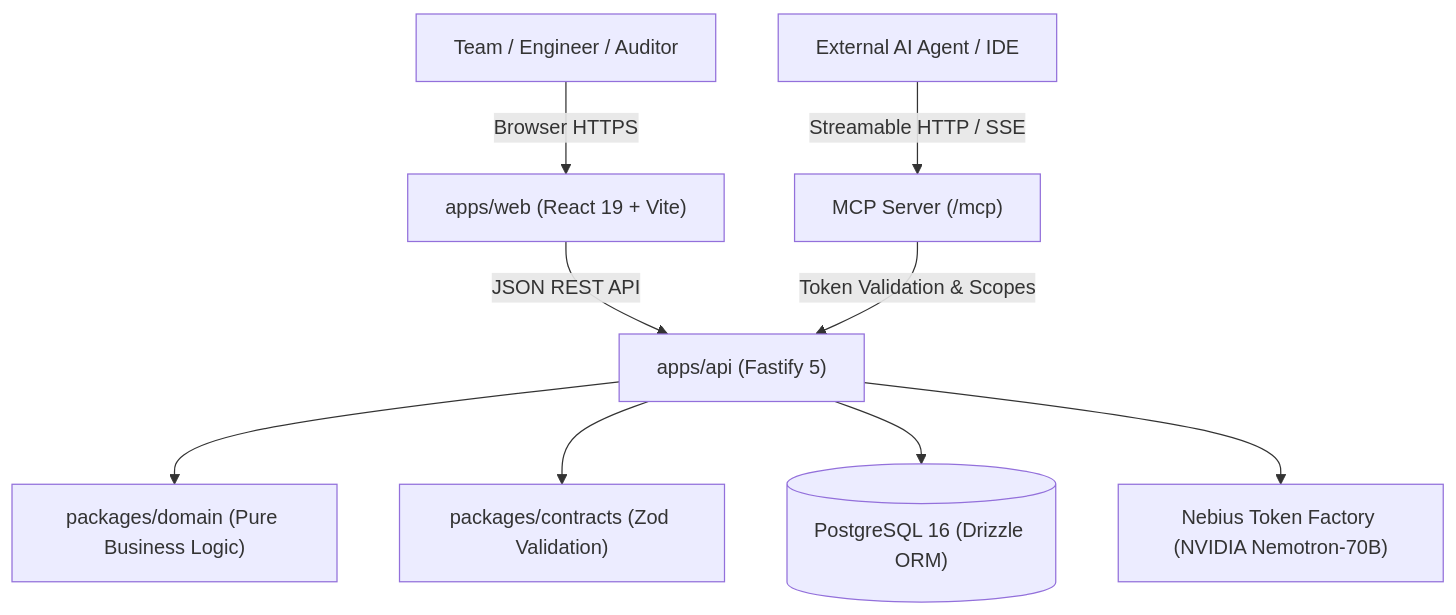
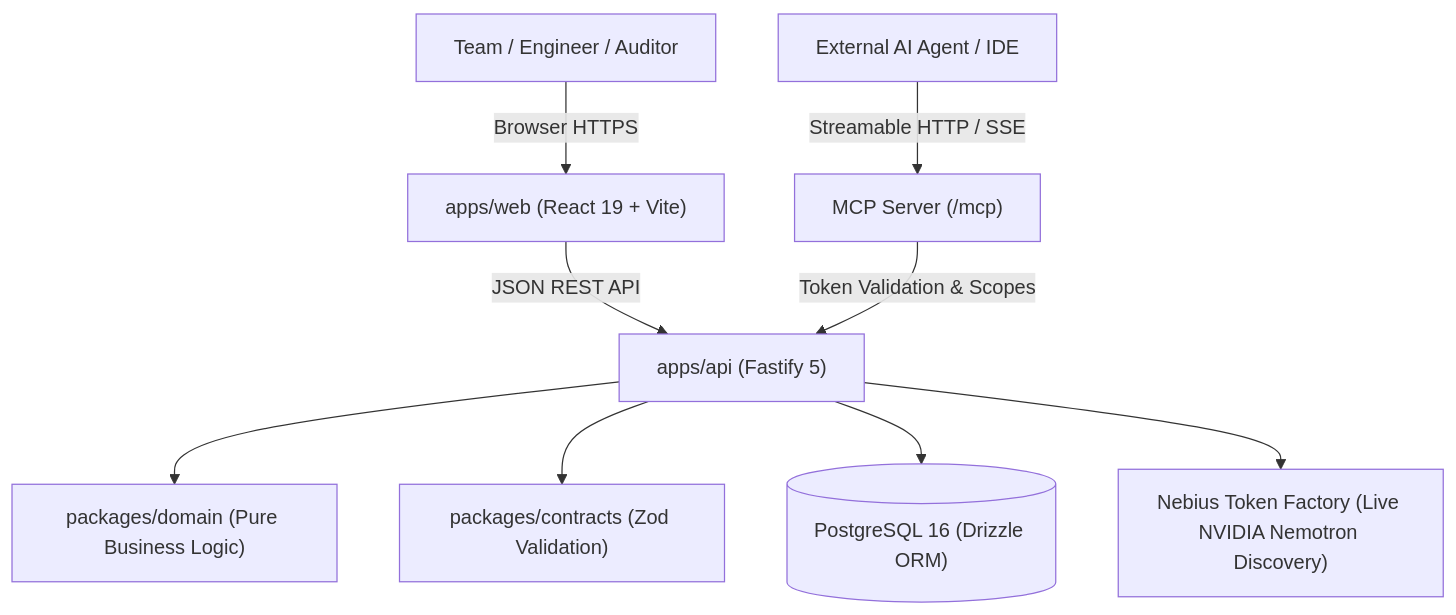
Before and after one commit to Sonesh-2202/Vouchlock-Nvidia: the diagram in README.md, drawn with Mermaid. The commit also changed other lines of this file and 34 other files, not shown here.

Commit message:
feat: add API routes, AI providers, and deployment configuration for Nebius serverless integration

````diff
--- a/README.md
+++ b/README.md
@@ -116,11 +117,11 @@
 ```mermaid
 graph TD
     User["Team / Engineer / Auditor"] -->|Browser HTTPS| Web["apps/web (React 19 + Vite)"]
     ExternalAgent["External AI Agent / IDE"] -->|Streamable HTTP / SSE| MCP["MCP Server (/mcp)"]
     Web -->|JSON REST API| API["apps/api (Fastify 5)"]
     MCP -->|Token Validation & Scopes| API
     API --> Domain["packages/domain (Pure Business Logic)"]
     API --> Contracts["packages/contracts (Zod Validation)"]
     API --> DB[("PostgreSQL 16 (Drizzle ORM)")]
-    API --> Nebius["Nebius Token Factory (NVIDIA Nemotron-70B)"]
+    API --> Nebius["Nebius Token Factory (Live NVIDIA Nemotron Discovery)"]
 ```
````
